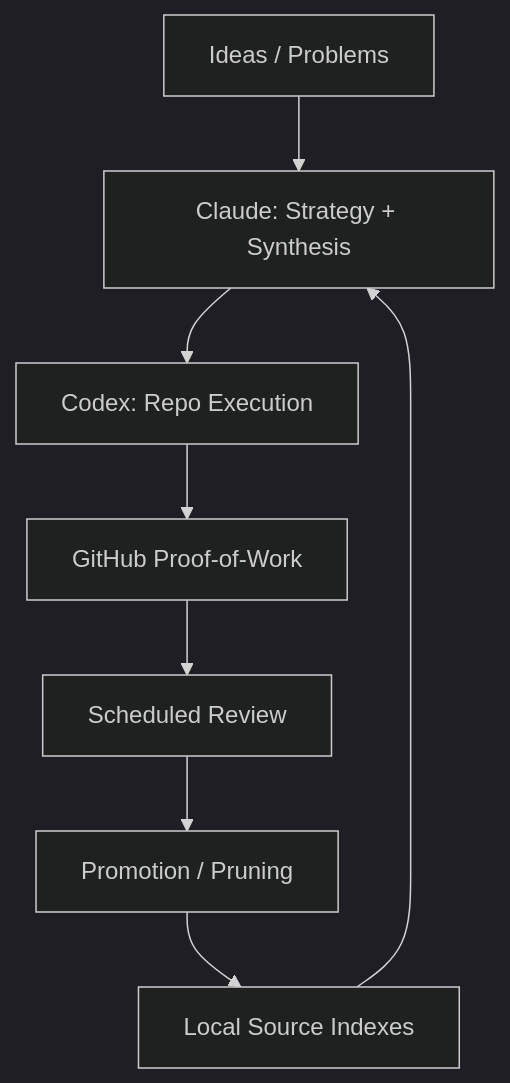
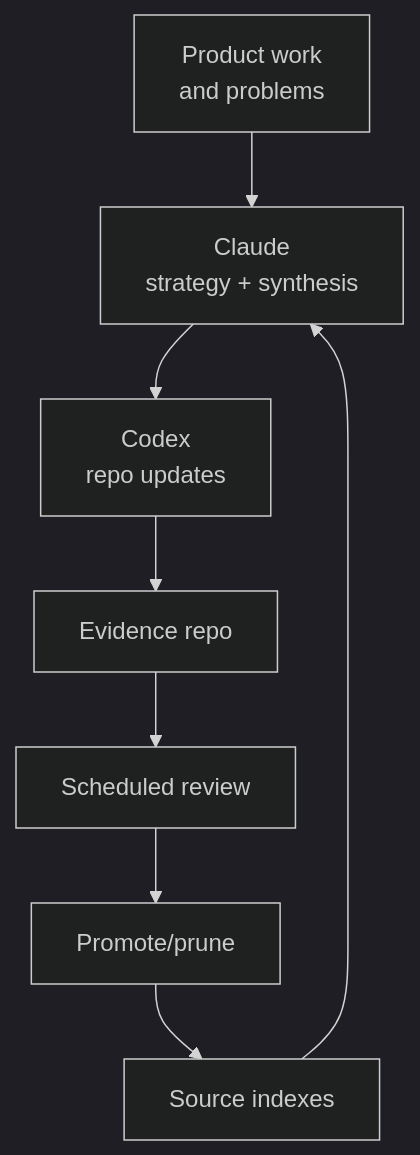
Before and after one commit to marcus-uden-dev/ai-native-proof-of-work: the diagram in workflows/AI_OPERATING_MODEL.md, drawn with Mermaid (dark theme). The commit also changed other lines of this file and 78 other files, not shown here.

Commit message:
Reframe strategy and diagrams around project proof

````diff
--- a/workflows/AI_OPERATING_MODEL.md
+++ b/workflows/AI_OPERATING_MODEL.md
@@ -8,10 +8,10 @@
 ```mermaid
 flowchart TD
-    A[Ideas / Problems] --> B[Claude: Strategy + Synthesis]
-    B --> C[Codex: Repo Execution]
-    C --> D[GitHub Proof-of-Work]
-    D --> E[Scheduled Review]
-    E --> F[Promotion / Pruning]
-    F --> G[Local Source Indexes]
+    A["Product work<br/>and problems"] --> B["Claude<br/>strategy + synthesis"]
+    B --> C["Codex<br/>repo updates"]
+    C --> D["Evidence repo"]
+    D --> E["Scheduled review"]
+    E --> F["Promote/prune"]
+    F --> G["Source indexes"]
     G --> B
 ```
````
